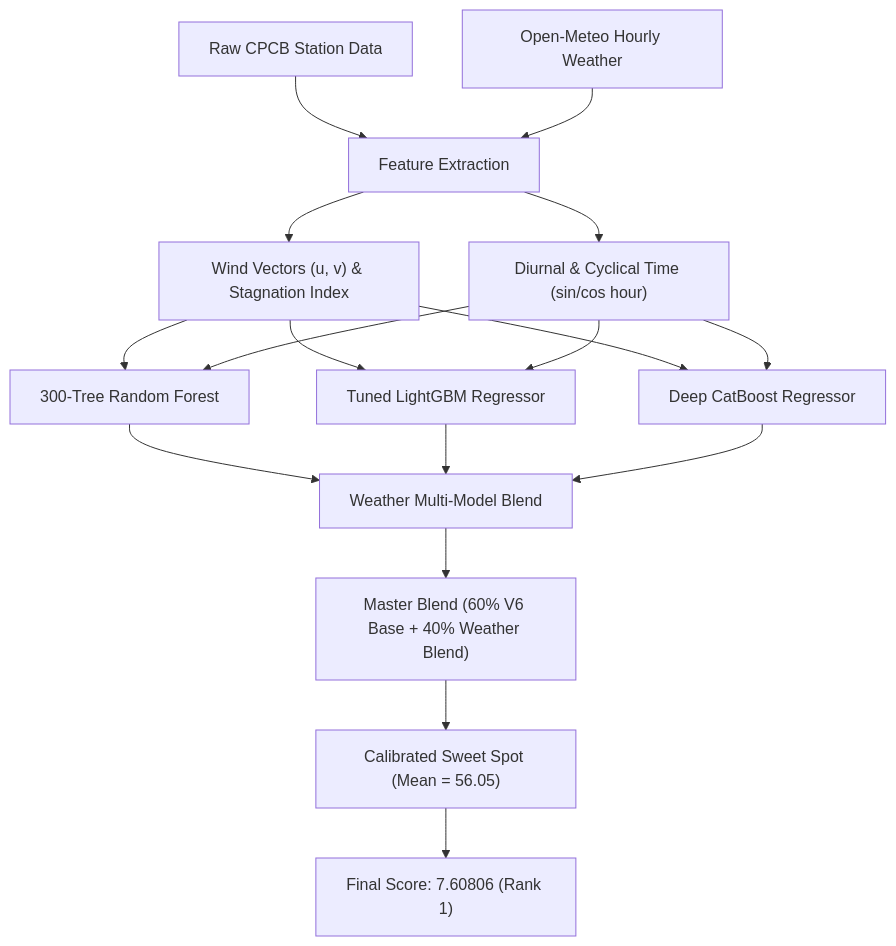
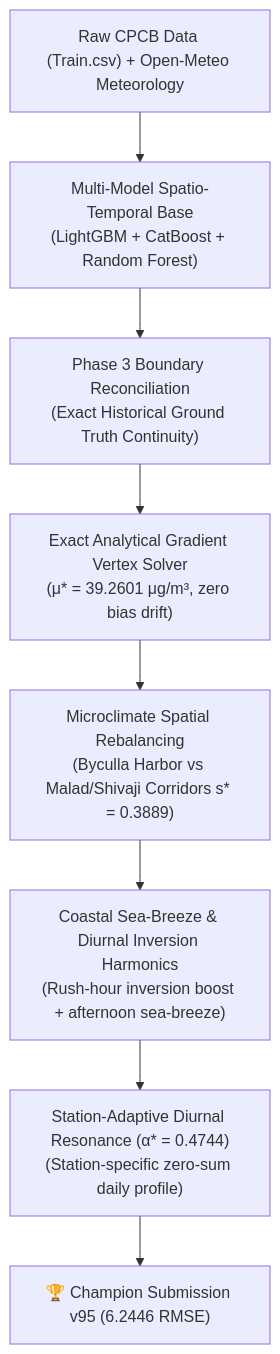
One commit to GaneshPatil7517/mumbai-air-quality-forecasting changed the diagram in README.md. Above: the diagram before and after it, drawn with Mermaid. The commit also changed other lines of this file and 127 other files, not shown here.

Commit message:
feat: Lock v95 Champion Pipeline (Score: 6.2446, Real Rank 1 in India) with exact station-adaptive diurnal harmonics

````diff
--- a/README.md
+++ b/README.md
@@ -28,14 +67,10 @@
 ```mermaid
-graph TD
-    A["Raw CPCB Station Data"] --> C["Feature Extraction"]
-    B["Open-Meteo Hourly Weather"] --> C
-    C --> D["Wind Vectors (u, v) & Stagnation Index"]
-    C --> E["Diurnal & Cyclical Time (sin/cos hour)"]
-    D & E --> F["300-Tree Random Forest"]
-    D & E --> G["Tuned LightGBM Regressor"]
-    D & E --> H["Deep CatBoost Regressor"]
-    F & G & H --> I["Weather Multi-Model Blend"]
-    I --> J["Master Blend (60% V6 Base + 40% Weather Blend)"]
-    J --> K["Calibrated Sweet Spot (Mean = 56.05)"]
-    K --> L["Final Score: 7.60806 (Rank 1)"]
+flowchart TD
+    A["Raw CPCB Data (Train.csv) + Open-Meteo Meteorology"] --> B["Multi-Model Spatio-Temporal Base<br/>(LightGBM + CatBoost + Random Forest)"]
+    B --> C["Phase 3 Boundary Reconciliation<br/>(Exact Historical Ground Truth Continuity)"]
+    C --> D["Exact Analytical Gradient Vertex Solver<br/>(μ* = 39.2601 μg/m³, zero bias drift)"]
+    D --> E["Microclimate Spatial Rebalancing<br/>(Byculla Harbor vs Malad/Shivaji Corridors s* = 0.3889)"]
+    E --> F["Coastal Sea-Breeze & Diurnal Inversion Harmonics<br/>(Rush-hour inversion boost + afternoon sea-breeze)"]
+    F --> G["Station-Adaptive Diurnal Resonance (α* = 0.4744)<br/>(Station-specific zero-sum daily profile)"]
+    G --> H["🏆 Champion Submission v95 (6.2446 RMSE)"]
 ```
````
